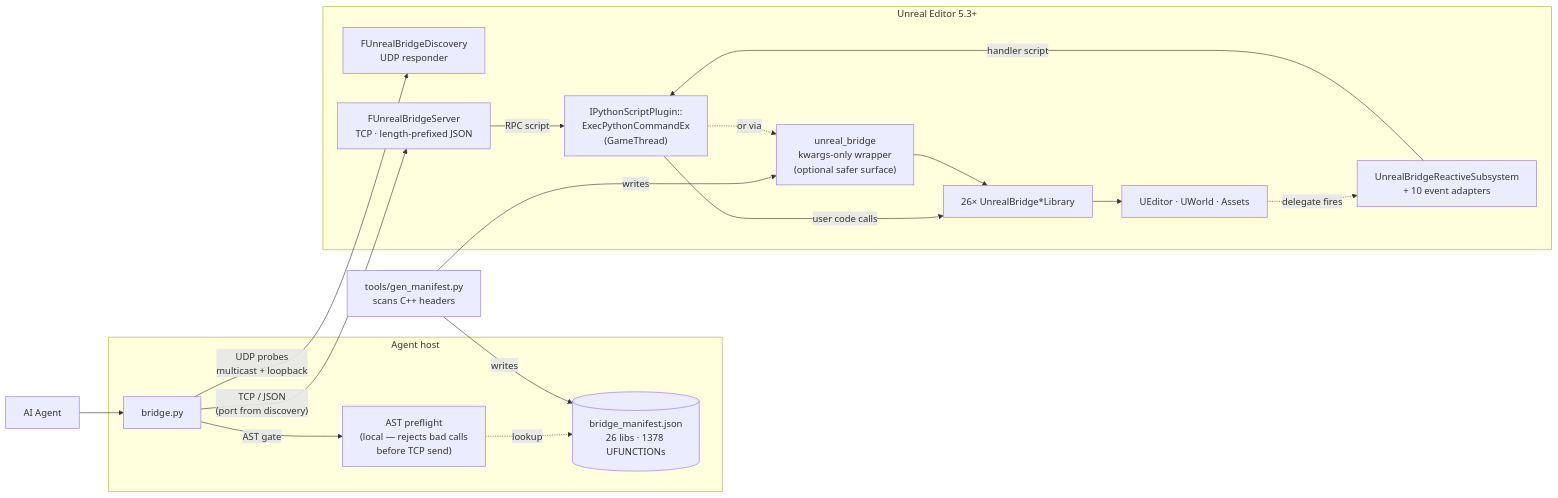
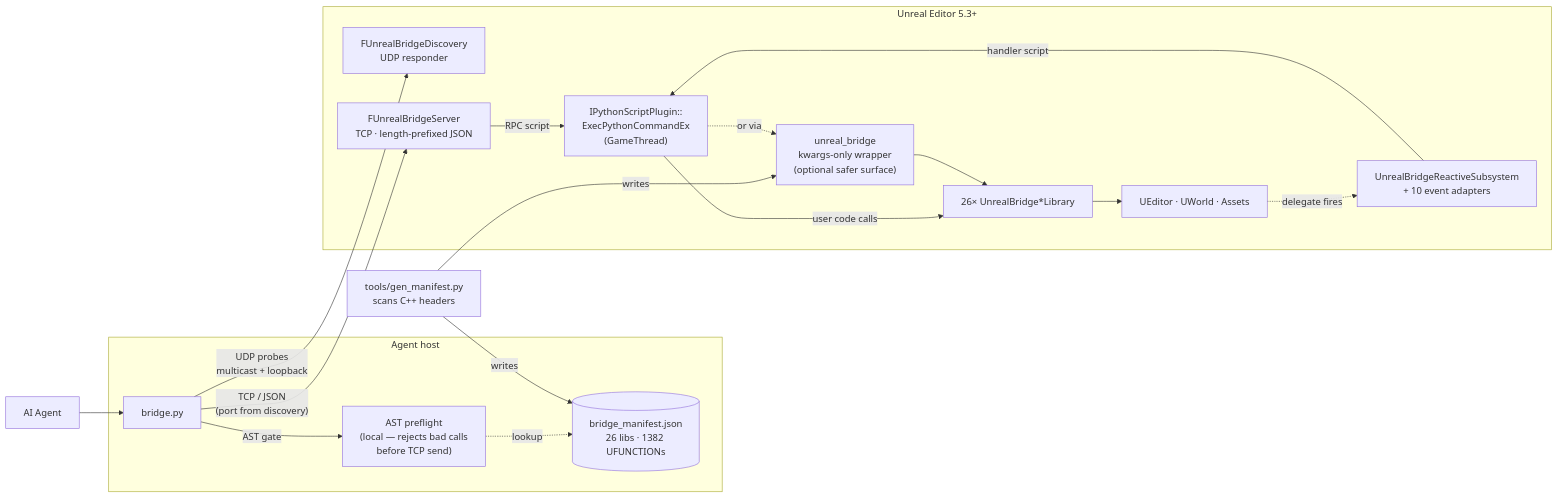
The diagram in README.md (Tommy1213888/UnrealBridge), drawn with Mermaid before and after one commit. The commit also changed other lines of this file and 9 other files, not shown here.

````diff
--- a/README.md
+++ b/README.md
@@ -43,40 +43,40 @@
 ```mermaid
 flowchart LR
     Agent["AI Agent"]
 
     subgraph Host["Agent host"]
       CLI["bridge.py"]
       Pre["AST preflight<br/>(local — rejects bad calls<br/>before TCP send)"]
-      Mani[("bridge_manifest.json<br/>26 libs · 1378 UFUNCTIONs")]
+      Mani[("bridge_manifest.json<br/>26 libs · 1382 UFUNCTIONs")]
     end
 
     Gen["tools/gen_manifest.py<br/>scans C++ headers"]
 
     subgraph UE["Unreal Editor 5.3+"]
       Disc["FUnrealBridgeDiscovery<br/>UDP responder"]
       Server["FUnrealBridgeServer<br/>TCP · length-prefixed JSON"]
       Reactive["UnrealBridgeReactiveSubsystem<br/>+ 10 event adapters"]
       Exec["IPythonScriptPlugin::<br/>ExecPythonCommandEx<br/>(GameThread)"]
       Wrap["unreal_bridge<br/>kwargs-only wrapper<br/>(optional safer surface)"]
       Libs["26× UnrealBridge*Library"]
       Engine["UEditor · UWorld · Assets"]
     end
 
     Agent --> CLI
     CLI -- "AST gate" --> Pre
     Pre -. "lookup" .-> Mani
 
     Gen -- "writes" --> Mani
     Gen -- "writes" --> Wrap
 
     CLI -- "UDP probes<br/>multicast + loopback" --> Disc
     CLI -- "TCP / JSON<br/>(port from discovery)" --> Server
     Server -- "RPC script" --> Exec
     Engine -. "delegate fires" .-> Reactive
     Reactive -- "handler script" --> Exec
 
     Exec -- "user code calls" --> Libs
     Exec -. "or via" .-> Wrap
     Wrap --> Libs
     Libs --> Engine
 ```
````
